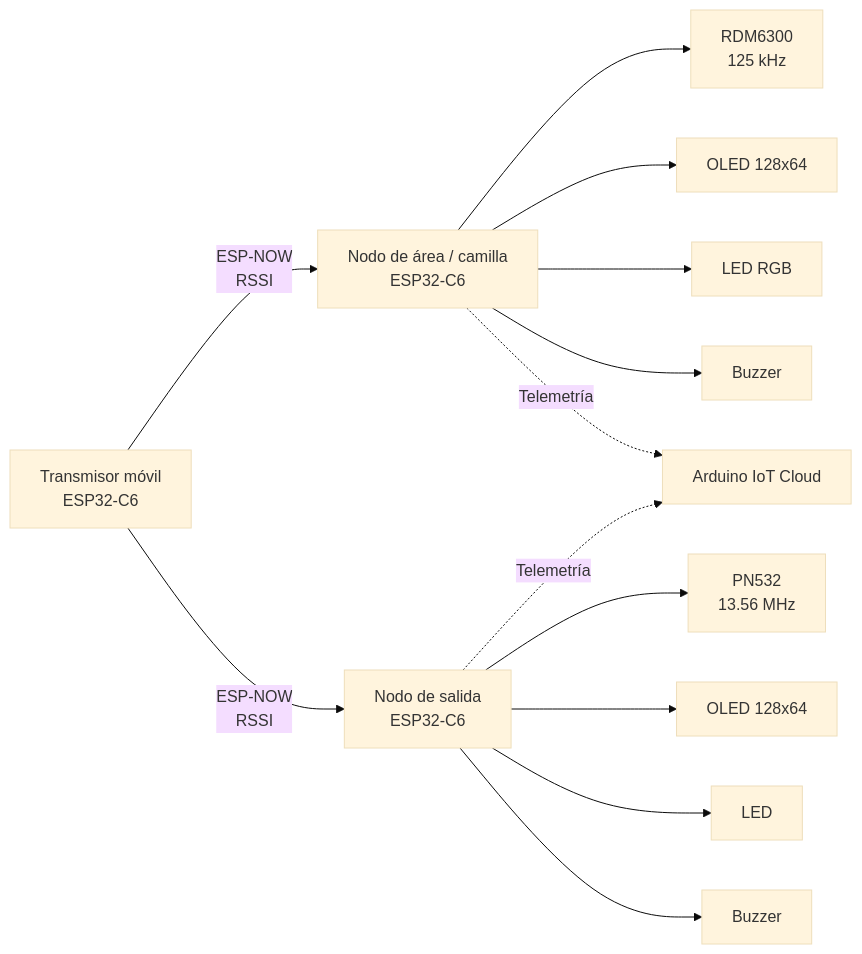
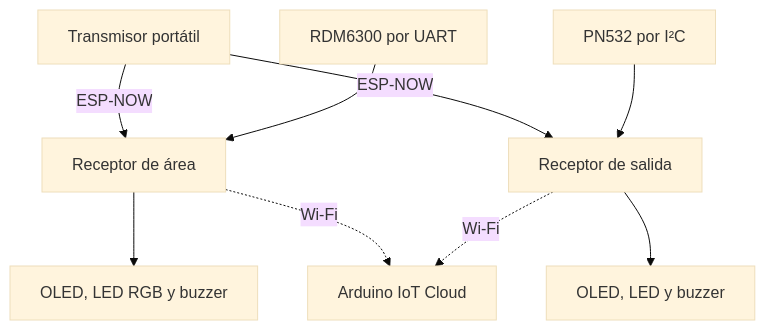
The diagram in docs/architecture.md (alx-sousa/Autonomous-IoT-Monitoring), drawn with Mermaid (base theme) before and after one commit. The commit also changed other lines of this file and 22 other files, not shown here.

````diff
--- a/docs/architecture.md
+++ b/docs/architecture.md
@@ -7,18 +5,11 @@
 ```mermaid
-flowchart LR
-    T["Transmisor móvil<br/>ESP32-C6"] -->|"ESP-NOW<br/>RSSI"| A["Nodo de área / camilla<br/>ESP32-C6"]
-    T -->|"ESP-NOW<br/>RSSI"| S["Nodo de salida<br/>ESP32-C6"]
-
-    A --> RFID1["RDM6300<br/>125 kHz"]
-    A --> OLED1["OLED 128x64"]
-    A --> LED1["LED RGB"]
-    A --> BZ1["Buzzer"]
-
-    S --> RFID2["PN532<br/>13.56 MHz"]
-    S --> OLED2["OLED 128x64"]
-    S --> LED2["LED"]
-    S --> BZ2["Buzzer"]
-
-    A -. "Telemetría" .-> C["Arduino IoT Cloud"]
-    S -. "Telemetría" .-> C
+flowchart TD
+    T["Transmisor portátil"] -->|ESP-NOW| A["Receptor de área"]
+    T -->|ESP-NOW| S["Receptor de salida"]
+    R["RDM6300 por UART"] --> A
+    P["PN532 por I²C"] --> S
+    A --> O["OLED, LED RGB y buzzer"]
+    S --> E["OLED, LED y buzzer"]
+    A -. Wi-Fi .-> C["Arduino IoT Cloud"]
+    S -. Wi-Fi .-> C
 ```
````
